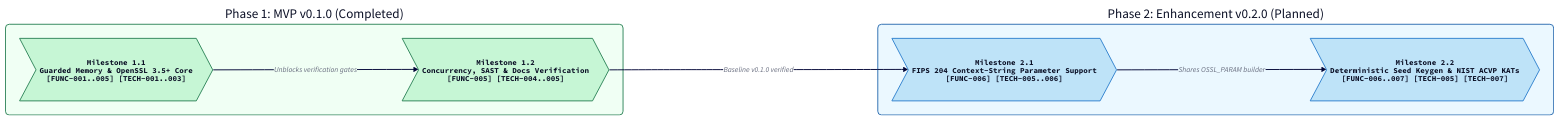
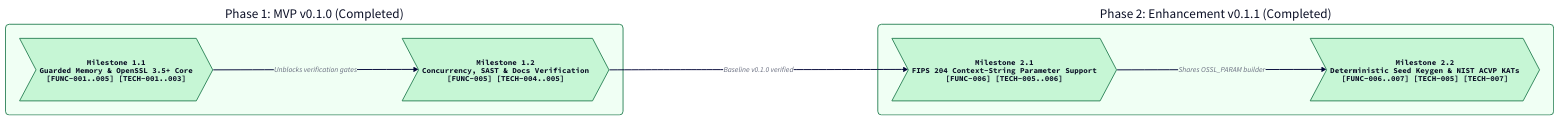
Before and after one commit to renich/crystal-pqc-constant: the diagram in docs/diagrams/roadmaps/roadmap.d2, drawn with D2. The commit also changed 28 other files, not shown here.

```diff
--- a/docs/diagrams/roadmaps/roadmap.d2
+++ b/docs/diagrams/roadmaps/roadmap.d2
@@ -1,79 +1,79 @@
 direction: right
 
 vars: {
   d2-config: {
     layout-engine: dagre
     theme-id: 4
     pad: 40
     center: true
   }
 }
 
 classes: {
   phase_done: {
     shape: rectangle
     style: {
       stroke: "#2F855A"
       stroke-width: 2
       border-radius: 8
       fill: "#F0FFF4"
     }
   }
   phase_planned: {
     shape: rectangle
     style: {
       stroke: "#2B6CB0"
       stroke-width: 2
       border-radius: 8
       fill: "#EBF8FF"
     }
   }
   milestone_done: {
     shape: step
     style: {
       stroke: "#2F855A"
       stroke-width: 2
       fill: "#C6F6D5"
       font: mono
     }
   }
   milestone_planned: {
     shape: step
     style: {
       stroke: "#3182CE"
       stroke-width: 2
       fill: "#BEE3F8"
       font: mono
     }
   }
 }
 
 phase1: "Phase 1: MVP v0.1.0 (Completed)" {
   class: phase_done
 
   m1_1: "Milestone 1.1\nGuarded Memory & OpenSSL 3.5+ Core\n[FUNC-001..005] [TECH-001..003]" {
     class: milestone_done
   }
 
   m1_2: "Milestone 1.2\nConcurrency, SAST & Docs Verification\n[FUNC-005] [TECH-004..005]" {
     class: milestone_done
   }
 
   m1_1 -> m1_2: "Unblocks verification gates"
 }
 
-phase2: "Phase 2: Enhancement v0.2.0 (Planned)" {
-  class: phase_planned
+phase2: "Phase 2: Enhancement v0.1.1 (Completed)" {
+  class: phase_done
 
   m2_1: "Milestone 2.1\nFIPS 204 Context-String Parameter Support\n[FUNC-006] [TECH-005..006]" {
-    class: milestone_planned
+    class: milestone_done
   }
 
   m2_2: "Milestone 2.2\nDeterministic Seed Keygen & NIST ACVP KATs\n[FUNC-006..007] [TECH-005] [TECH-007]" {
-    class: milestone_planned
+    class: milestone_done
   }
 
   m2_1 -> m2_2: "Shares OSSL_PARAM builder"
 }
 
 phase1.m1_2 -> phase2.m2_1: "Baseline v0.1.0 verified"
```
